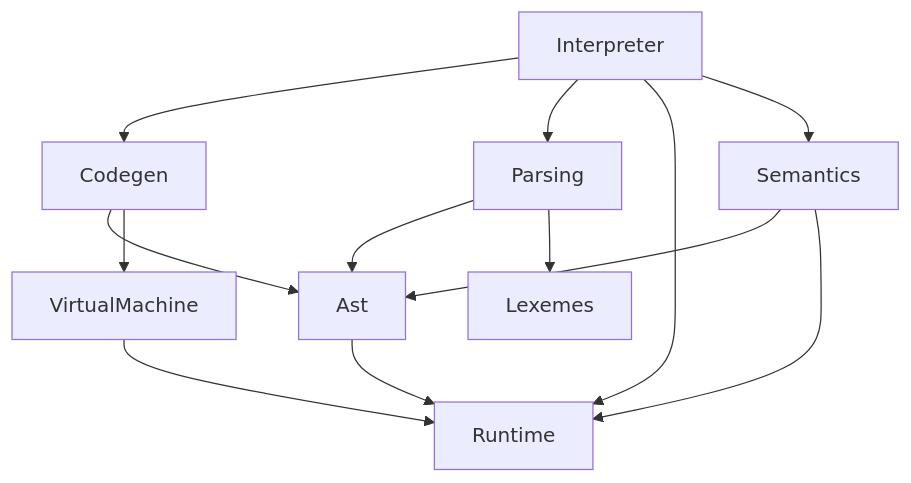
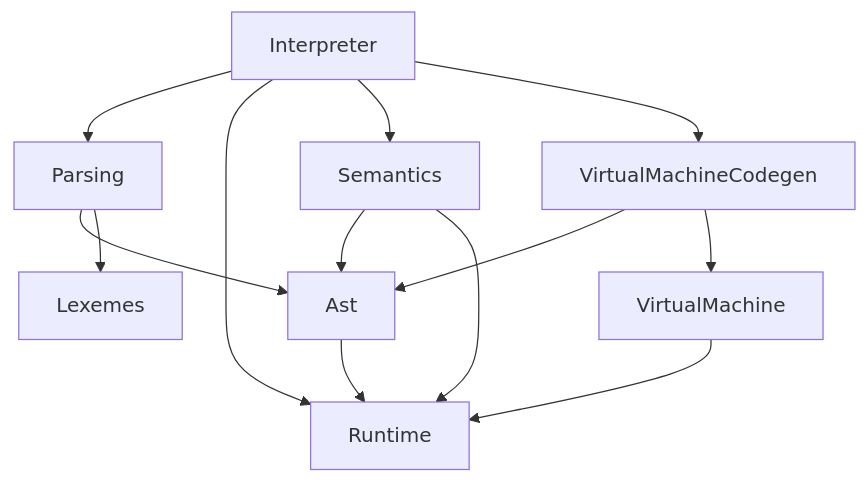
Before and after one commit to MrSuIR/pstiger: the diagram in README.md, drawn with Mermaid. The commit also changed 8 other files, not shown here.

Commit message:
Переименовал модуль Codegen в VirtualMachineCodegen

````diff
--- a/README.md
+++ b/README.md
@@ -124,23 +124,24 @@
 ```mermaid
 graph TD
     Ast["Ast"]
-    Codegen["Codegen"]
     Interpreter["Interpreter"]
     Lexemes["Lexemes"]
     Parsing["Parsing"]
     Runtime["Runtime"]
     Semantics["Semantics"]
     VirtualMachine["VirtualMachine"]
+    VirtualMachineCodegen["VirtualMachineCodegen"]
+
     Ast --> Runtime
-    Codegen --> Ast
-    Codegen --> VirtualMachine
-    Interpreter --> Codegen
     Interpreter --> Parsing
     Interpreter --> Runtime
     Interpreter --> Semantics
+    Interpreter --> VirtualMachineCodegen
     Parsing --> Ast
     Parsing --> Lexemes
     Semantics --> Ast
     Semantics --> Runtime
     VirtualMachine --> Runtime
+    VirtualMachineCodegen --> Ast
+    VirtualMachineCodegen --> VirtualMachine
 ```
````
